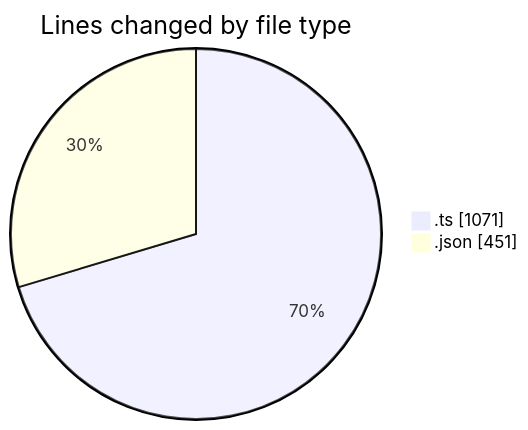
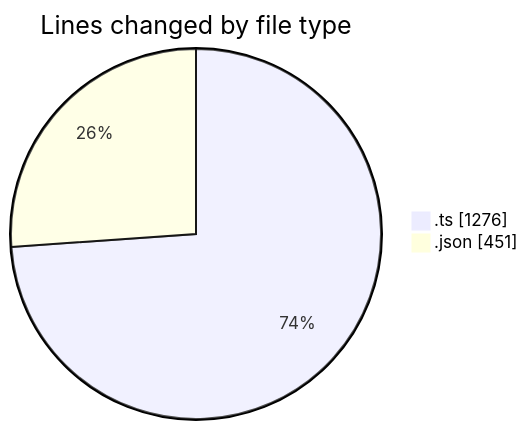
Before and after one commit to momahboobian/code-tracking: the first of 2 diagrams in 2025-10-22/cda/README.md, drawn with Mermaid. The commit also changed other lines of this file and 1 other file, not shown here.

````diff
--- a/2025-10-22/cda/README.md
+++ b/2025-10-22/cda/README.md
@@ -22,6 +23,6 @@
 ```mermaid
 pie showData
 title Lines changed by file type
-".ts" : 1071
+".ts" : 1276
 ".json" : 451
 ```
````
